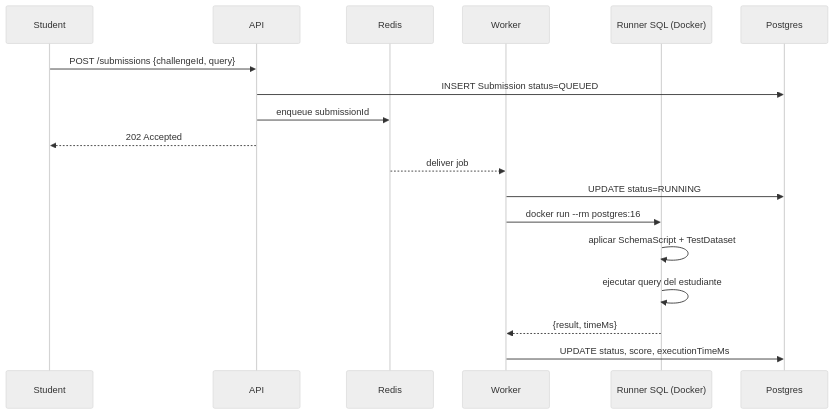
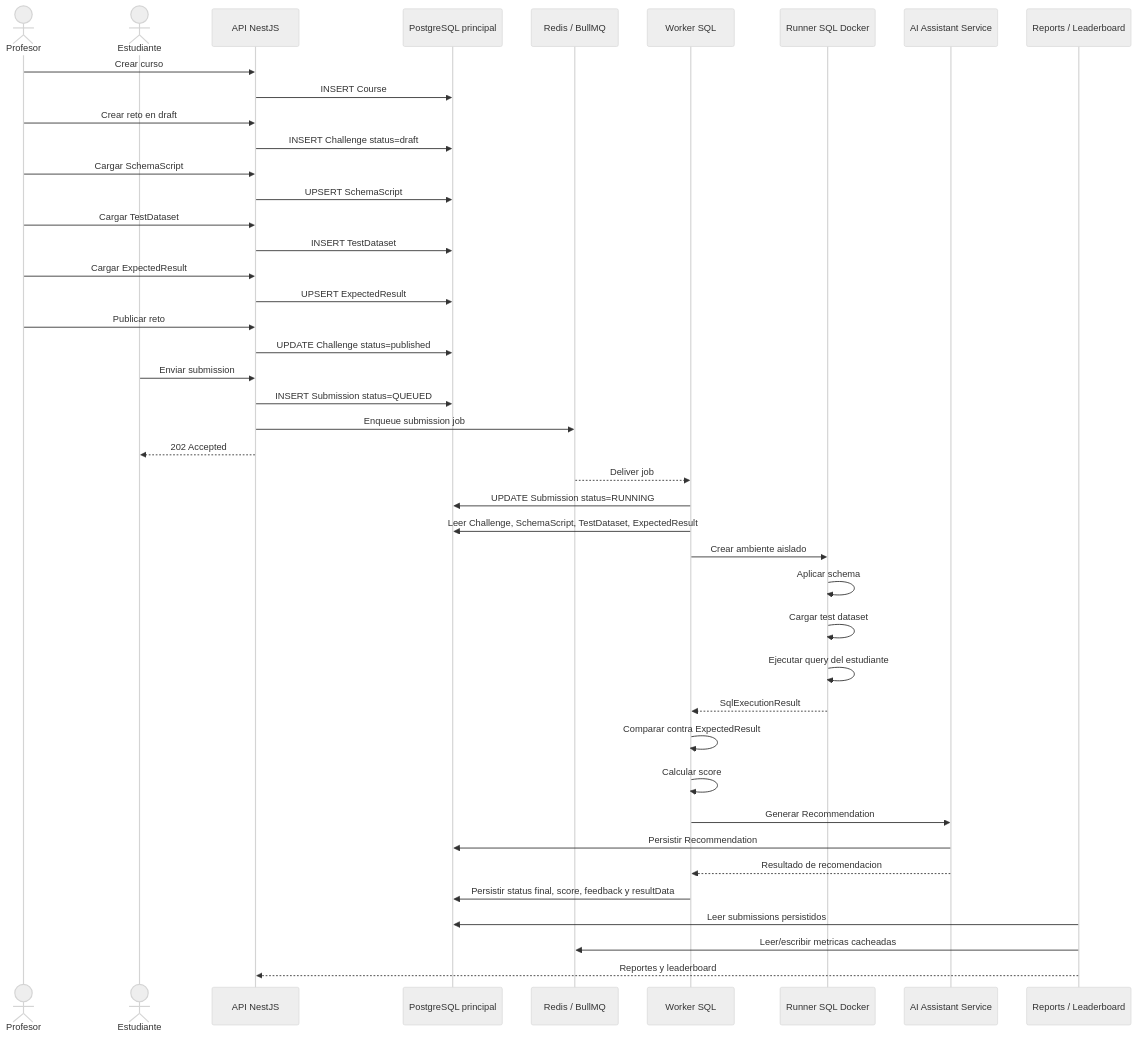
One commit to JuanPar063/proyecto-back-bd2 changed the fourth of 8 diagrams in docs/ARCHITECTURE.md. Above: the diagram before and after it, drawn with Mermaid (neutral theme). The commit also changed other lines of this file, not shown here.

First line of the commit message:
Revise architecture documentation for SQL Judge

````diff
--- a/docs/ARCHITECTURE.md
+++ b/docs/ARCHITECTURE.md
@@ -236,21 +349,58 @@
 ```mermaid
 sequenceDiagram
-  participant S as Student
-  participant API
-  participant R as Redis
-  participant W as Worker
-  participant Run as Runner SQL (Docker)
-  participant PG as Postgres
+  actor Professor as Profesor
+  actor Student as Estudiante
+  participant API as API NestJS
+  participant PG as PostgreSQL principal
+  participant RB as Redis / BullMQ
+  participant Worker as Worker SQL
+  participant Runner as Runner SQL Docker
+  participant AI as AI Assistant Service
+  participant Reports as Reports / Leaderboard
 
-  S->>API: POST /submissions {challengeId, query}
+  Professor->>API: Crear curso
+  API->>PG: INSERT Course
+
+  Professor->>API: Crear reto en draft
+  API->>PG: INSERT Challenge status=draft
+
+  Professor->>API: Cargar SchemaScript
+  API->>PG: UPSERT SchemaScript
+
+  Professor->>API: Cargar TestDataset
+  API->>PG: INSERT TestDataset
+
+  Professor->>API: Cargar ExpectedResult
+  API->>PG: UPSERT ExpectedResult
+
+  Professor->>API: Publicar reto
+  API->>PG: UPDATE Challenge status=published
+
+  Student->>API: Enviar submission
   API->>PG: INSERT Submission status=QUEUED
-  API->>R: enqueue submissionId
-  API-->>S: 202 Accepted
-  R-->>W: deliver job
-  W->>PG: UPDATE status=RUNNING
-  W->>Run: docker run --rm postgres:16
-  Run->>Run: aplicar SchemaScript + TestDataset
-  Run->>Run: ejecutar query del estudiante
-  Run-->>W: {result, timeMs}
-  W->>PG: UPDATE status, score, executionTimeMs
+  API->>RB: Enqueue submission job
+  API-->>Student: 202 Accepted
+
+  RB-->>Worker: Deliver job
+  Worker->>PG: UPDATE Submission status=RUNNING
+  Worker->>PG: Leer Challenge, SchemaScript, TestDataset, ExpectedResult
+
+  Worker->>Runner: Crear ambiente aislado
+  Runner->>Runner: Aplicar schema
+  Runner->>Runner: Cargar test dataset
+  Runner->>Runner: Ejecutar query del estudiante
+  Runner-->>Worker: SqlExecutionResult
+
+  Worker->>Worker: Comparar contra ExpectedResult
+  Worker->>Worker: Calcular score
+
+  Worker->>AI: Generar Recommendation
+  AI->>PG: Persistir Recommendation
+  AI-->>Worker: Resultado de recomendacion
+
+  Worker->>PG: Persistir status final, score, feedback y resultData
+
+  Reports->>PG: Leer submissions persistidos
+  Reports->>RB: Leer/escribir metricas cacheadas
+  Reports-->>API: Reportes y leaderboard
 ```
````
